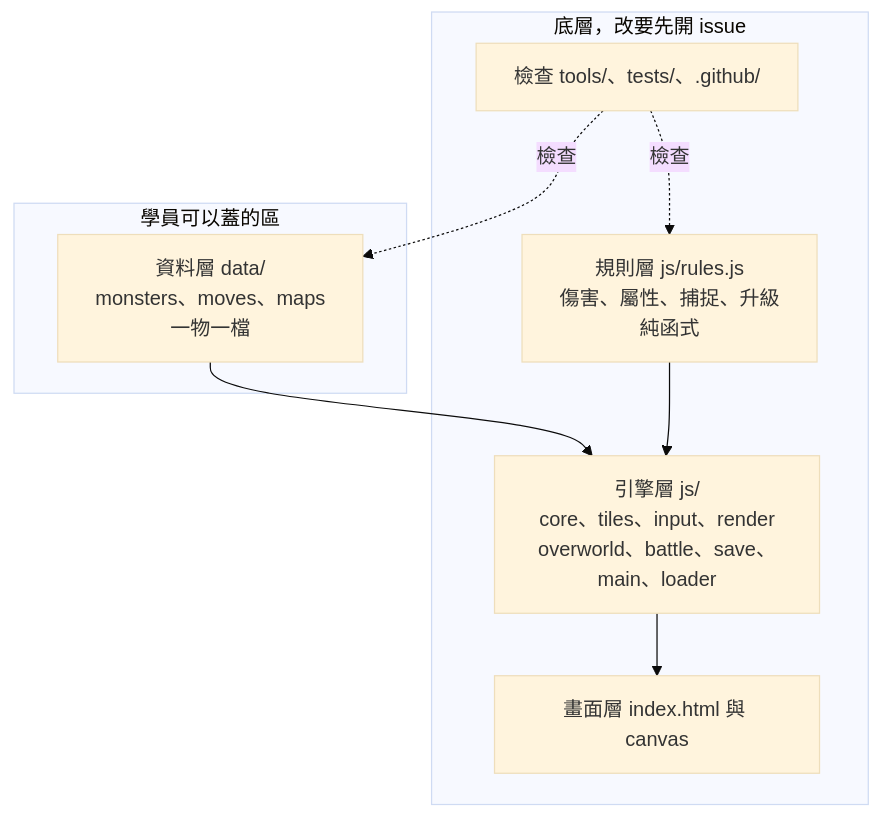
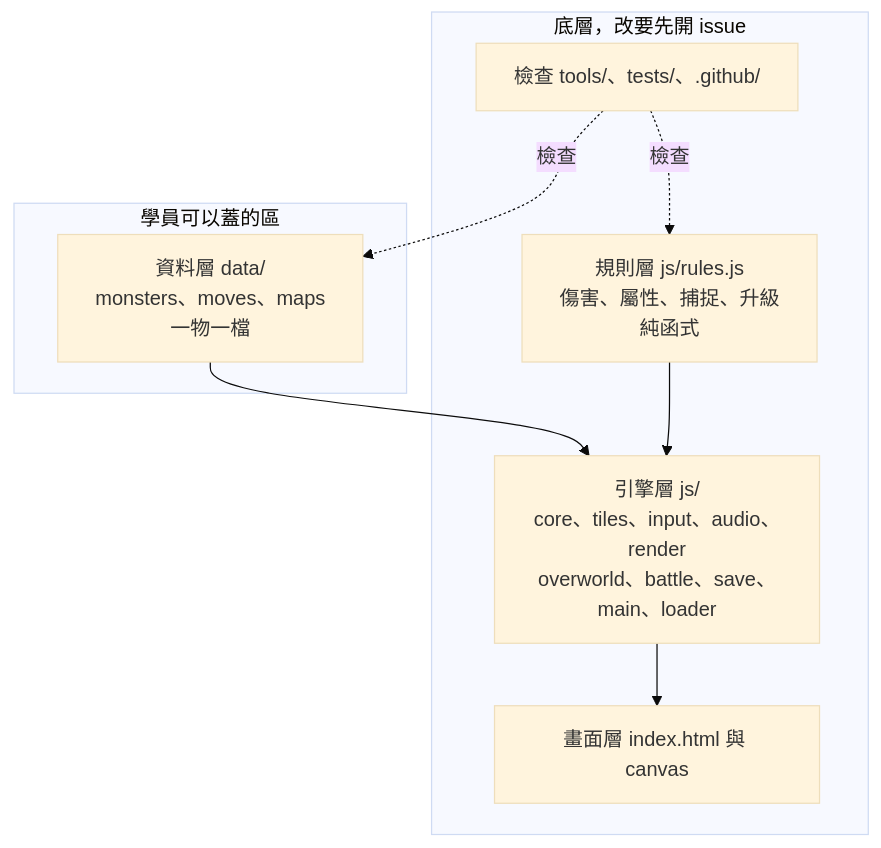
The first of 4 diagrams in docs/ARCHITECTURE.md (Lee-unhn/Game_AIstar), drawn with Mermaid (base theme) before and after one commit. The commit also changed other lines of this file and 22 other files, not shown here.

````diff
--- a/docs/ARCHITECTURE.md
+++ b/docs/ARCHITECTURE.md
@@ -9,17 +9,17 @@
 ```mermaid
 flowchart TB
   subgraph build["學員可以蓋的區"]
     data["資料層 data/<br/>monsters、moves、maps<br/>一物一檔"]
   end
   subgraph base["底層，改要先開 issue"]
     rules["規則層 js/rules.js<br/>傷害、屬性、捕捉、升級<br/>純函式"]
-    engine["引擎層 js/<br/>core、tiles、input、render<br/>overworld、battle、save、main、loader"]
+    engine["引擎層 js/<br/>core、tiles、input、audio、render<br/>overworld、battle、save、main、loader"]
     screen["畫面層 index.html 與 canvas"]
     robot["檢查 tools/、tests/、.github/"]
   end
   data --> engine
   rules --> engine
   engine --> screen
   robot -. "檢查" .-> data
   robot -. "檢查" .-> rules
 ```
````
